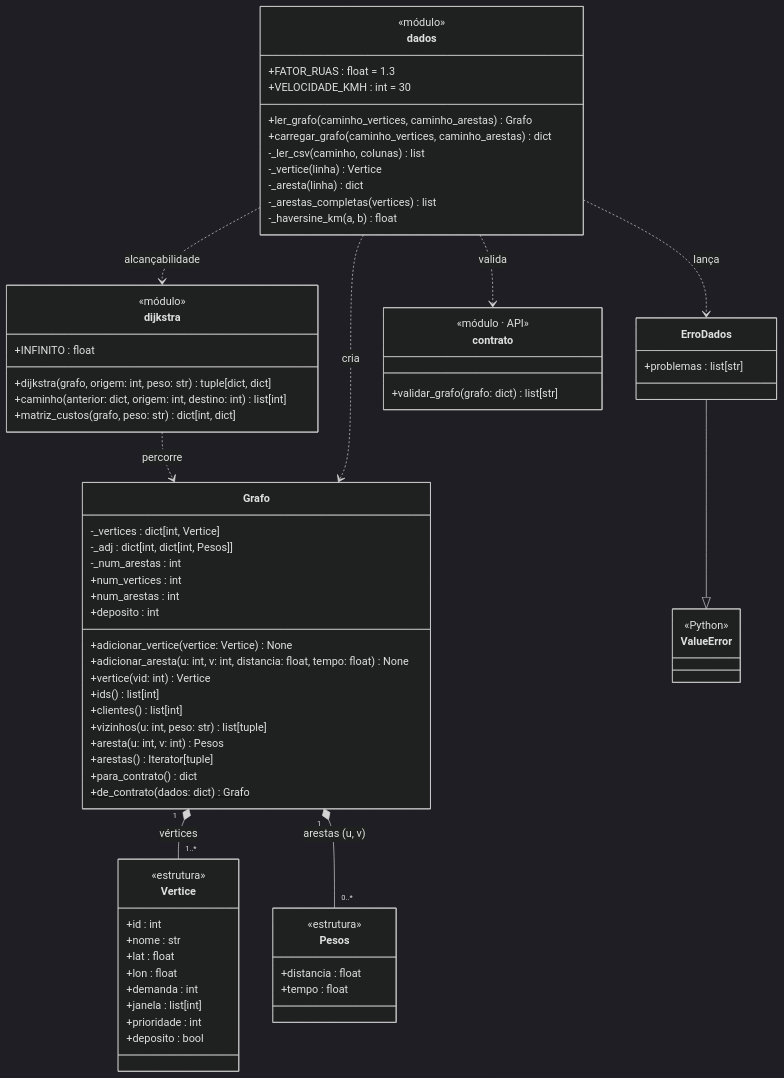
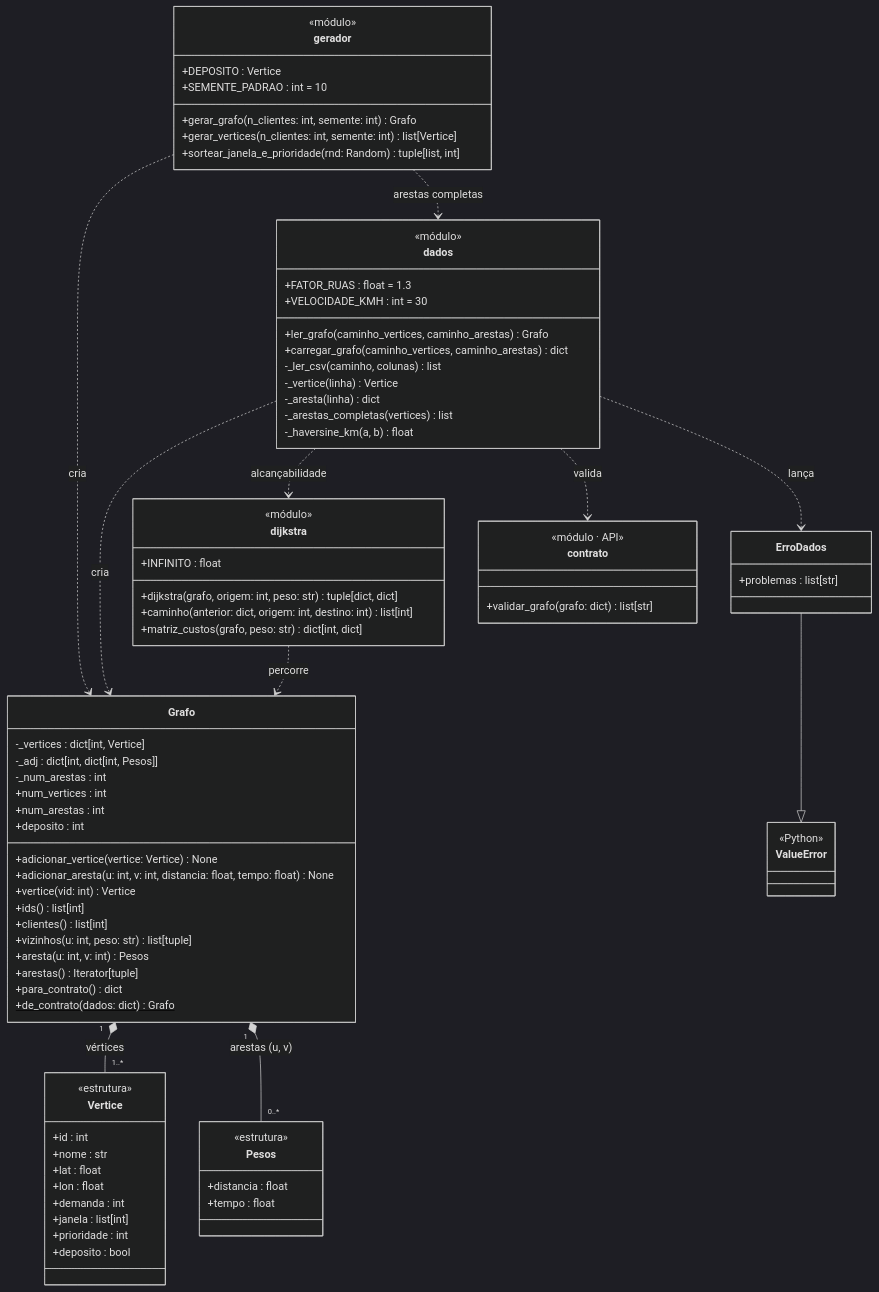
One commit to zainemt/tp-grafos-centro-logistico-10 changed the diagram in docs/diagramas-grafo.md. Above: the diagram before and after it, drawn with Mermaid (dark theme). The commit also changed other lines of this file and 2 other files, not shown here.

Commit message:
docs: atualização do diagrama de classes

````diff
--- a/docs/diagramas-grafo.md
+++ b/docs/diagramas-grafo.md
@@ -80,6 +81,15 @@
         -_haversine_km(a, b) float
     }
 
+    class gerador {
+        <<módulo>>
+        +DEPOSITO : Vertice
+        +SEMENTE_PADRAO : int = 10
+        +gerar_grafo(n_clientes: int, semente: int) Grafo
+        +gerar_vertices(n_clientes: int, semente: int) list[Vertice]
+        +sortear_janela_e_prioridade(rnd: Random) tuple[list, int]
+    }
+
     class ErroDados {
         +problemas : list[str]
     }
@@ -101,4 +111,6 @@
     dados ..> dijkstra : alcançabilidade
     dados ..> contrato : valida
     dados ..> ErroDados : lança
+    gerador ..> Grafo : cria
+    gerador ..> dados : arestas completas
 ```
````
